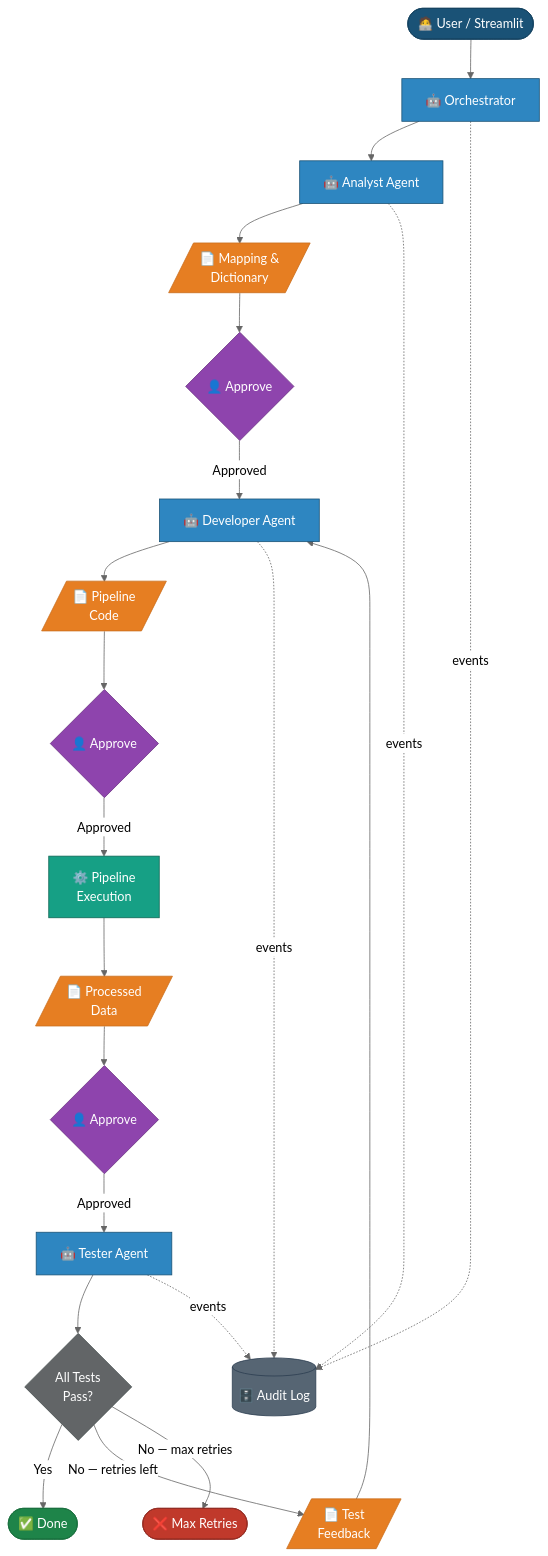
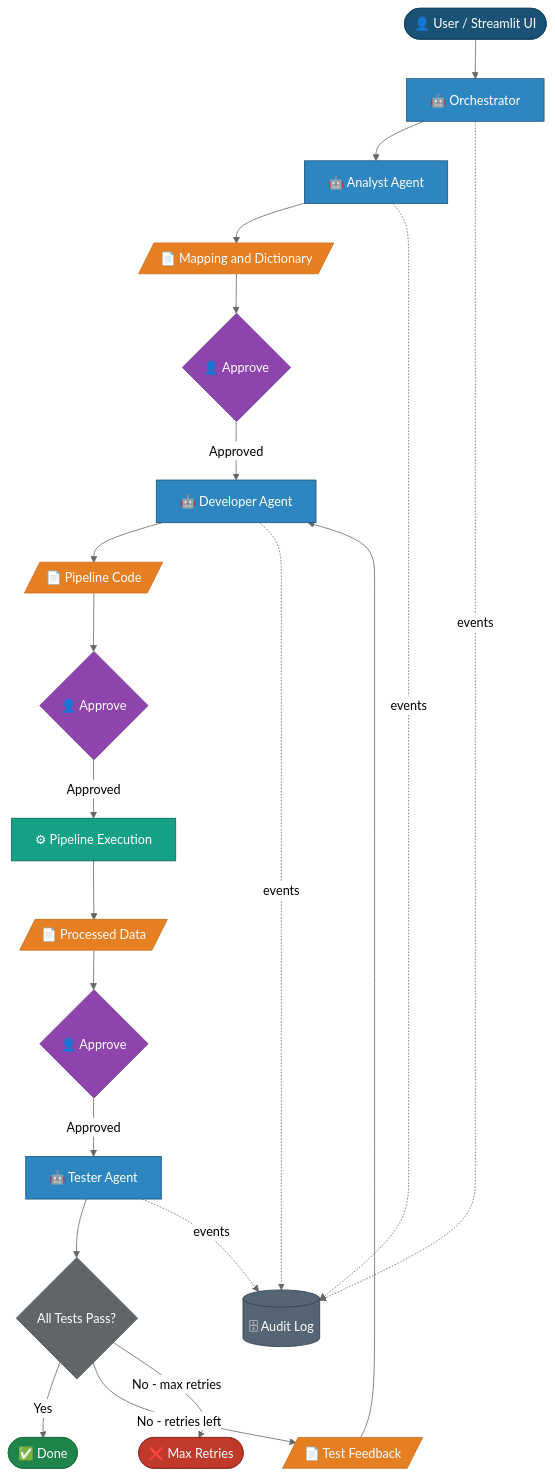
Before and after one commit to LeoTheLian/genai_etl_demo: the diagram in README.md, drawn with Mermaid (neutral theme).

````diff
--- a/README.md
+++ b/README.md
@@ -12,47 +12,50 @@
 ```mermaid
 flowchart TD
-    A([🧑‍💻 User / Streamlit])
+    A([👤 User / Streamlit UI])
     B[🤖 Orchestrator]
     C[🤖 Analyst Agent]
-    D[/📄 Mapping &\nDictionary/]
+    D[/📄 Mapping and Dictionary/]
     E{👤 Approve}
     F[🤖 Developer Agent]
-    G[/📄 Pipeline\nCode/]
+    G[/📄 Pipeline Code/]
     H{👤 Approve}
-    I[⚙️ Pipeline\nExecution]
-    J[/📄 Processed\nData/]
+    I[⚙ Pipeline Execution]
+    J[/📄 Processed Data/]
     K{👤 Approve}
     L[🤖 Tester Agent]
-    M{All Tests\nPass?}
+    M{All Tests Pass?}
     N([✅ Done])
     O([❌ Max Retries])
-    P[/📄 Test\nFeedback/]
-    Q[(🗄️ Audit Log)]
+    P[/📄 Test Feedback/]
+    Q[(🗄 Audit Log)]
 
     A --> B --> C --> D --> E
     E -->|Approved| F --> G --> H
     H -->|Approved| I --> J --> K
     K -->|Approved| L --> M
     M -->|Yes| N
-    M -->|No — retries left| P --> F
-    M -->|No — max retries| O
-    B & C & F & L -.->|events| Q
+    M -->|No - retries left| P --> F
+    M -->|No - max retries| O
+    B -.->|events| Q
+    C -.->|events| Q
+    F -.->|events| Q
+    L -.->|events| Q
 
     style A fill:#1A5276,color:#fff,stroke:#154360
     style B fill:#2E86C1,color:#fff,stroke:#1A5276
     style C fill:#2E86C1,color:#fff,stroke:#1A5276
     style F fill:#2E86C1,color:#fff,stroke:#1A5276
     style L fill:#2E86C1,color:#fff,stroke:#1A5276
     style I fill:#16A085,color:#fff,stroke:#0E6655
     style D fill:#E67E22,color:#fff,stroke:#CA6F1E
     style G fill:#E67E22,color:#fff,stroke:#CA6F1E
     style J fill:#E67E22,color:#fff,stroke:#CA6F1E
     style P fill:#E67E22,color:#fff,stroke:#CA6F1E
     style E fill:#8E44AD,color:#fff,stroke:#6C3483
     style H fill:#8E44AD,color:#fff,stroke:#6C3483
     style K fill:#8E44AD,color:#fff,stroke:#6C3483
     style M fill:#626567,color:#fff,stroke:#4D5656
     style Q fill:#566573,color:#fff,stroke:#2C3E50
     style N fill:#1E8449,color:#fff,stroke:#196F3D
     style O fill:#C0392B,color:#fff,stroke:#922B21
 ```
````
